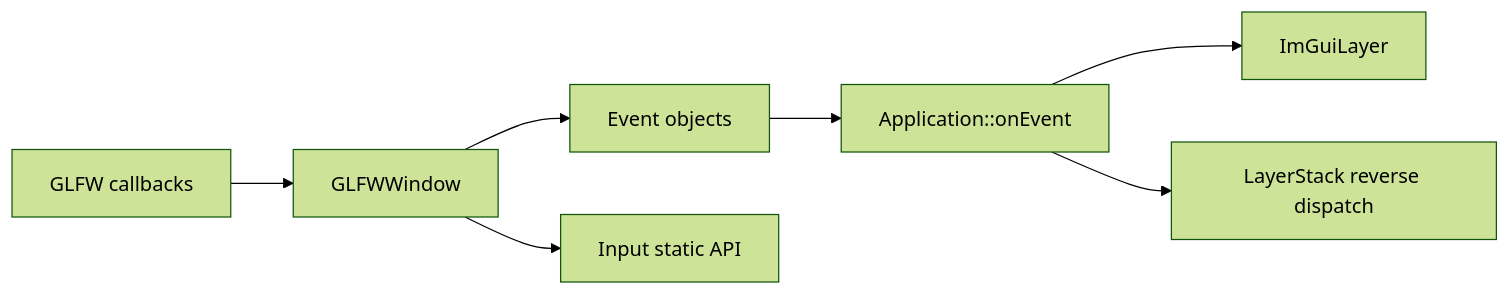
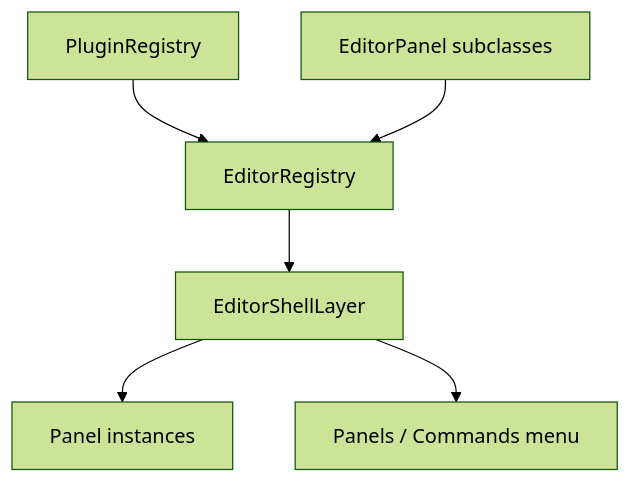
Before and after one commit to Yang-Junjie/Luna: the third of 8 diagrams in docs/manual/subsystems-manual.md, drawn with Mermaid (forest theme). The commit also changed other lines of this file and 49 other files, not shown here.

````diff
--- a/docs/manual/subsystems-manual.md
+++ b/docs/manual/subsystems-manual.md
@@ -57,9 +89,8 @@
 ```mermaid
-graph LR
-    GLFW[GLFW callbacks] --> GW[GLFWWindow]
-    GW --> EVT[Event objects]
-    EVT --> APP[Application::onEvent]
-    APP --> IMG[ImGuiLayer]
-    APP --> LS[LayerStack reverse dispatch]
-    GW --> INPUT[Input static API]
+graph TD
+    PR[PluginRegistry] --> ER[EditorRegistry]
+    ER --> ES[EditorShellLayer]
+    ES --> PANELS[Panel instances]
+    ES --> MENU[Panels / Commands menu]
+    PANELDEF[EditorPanel subclasses] --> ER
 ```
````
